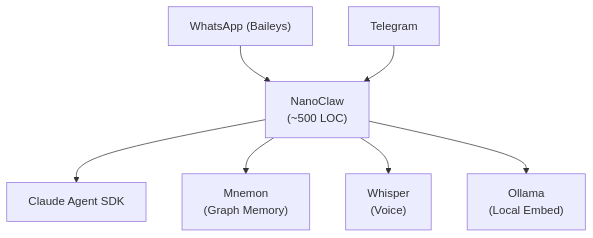
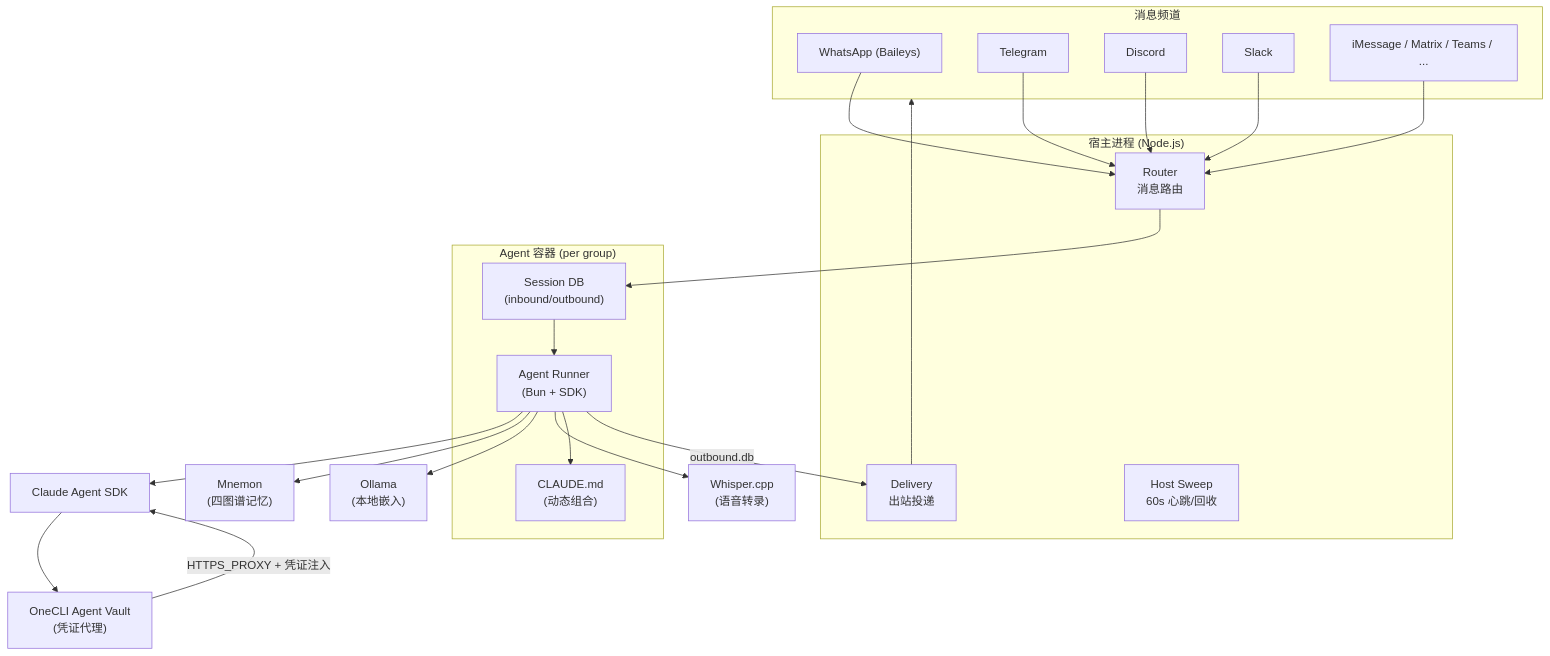
The diagram in wiki/entities/NanoClaw.md (Joe-rq/AI-resource), drawn with Mermaid before and after one commit. The commit also changed other lines of this file and 41 other files, not shown here.

````diff
--- a/wiki/entities/NanoClaw.md
+++ b/wiki/entities/NanoClaw.md
@@ -26,17 +107,45 @@
 ```mermaid
 flowchart TB
-    NanoClaw["NanoClaw<br/>(~500 LOC)"]
+    subgraph Channels["消息频道"]
+        WhatsApp["WhatsApp (Baileys)"]
+        Telegram["Telegram"]
+        Discord["Discord"]
+        Slack["Slack"]
+        Others["iMessage / Matrix / Teams / ..."]
+    end
+
+    subgraph Host["宿主进程 (Node.js)"]
+        Router["Router<br/>消息路由"]
+        Delivery["Delivery<br/>出站投递"]
+        Sweep["Host Sweep<br/>60s 心跳/回收"]
+    end
+
+    subgraph Container["Agent 容器 (per group)"]
+        AgentRunner["Agent Runner<br/>(Bun + SDK)"]
+        ClaudeMd["CLAUDE.md<br/>(动态组合)"]
+        SessionDB["Session DB<br/>(inbound/outbound)"]
+    end
+
     ClaudeAgentSDK["Claude Agent SDK"]
-    WhatsApp["WhatsApp (Baileys)"]
-    Telegram["Telegram"]
-    Memory["Mnemon<br/>(Graph Memory)"]
-    Whisper["Whisper<br/>(Voice)"]
-    Ollama["Ollama<br/>(Local Embed)"]
+    OneCLI["OneCLI Agent Vault<br/>(凭证代理)"]
+    Memory["Mnemon<br/>(四图谱记忆)"]
+    Ollama["Ollama<br/>(本地嵌入)"]
+    Whisper["Whisper.cpp<br/>(语音转录)"]
 
-    WhatsApp --> NanoClaw
-    Telegram --> NanoClaw
-    NanoClaw --> ClaudeAgentSDK
-    NanoClaw --> Memory
-    NanoClaw --> Whisper
-    NanoClaw --> Ollama
+    WhatsApp --> Router
+    Telegram --> Router
+    Discord --> Router
+    Slack --> Router
+    Others --> Router
+    Router --> SessionDB
+    SessionDB --> AgentRunner
+    AgentRunner --> ClaudeAgentSDK
+    AgentRunner --> Memory
+    AgentRunner --> Ollama
+    AgentRunner --> Whisper
+    AgentRunner --> ClaudeMd
+    ClaudeAgentSDK --> OneCLI
+    OneCLI -->|"HTTPS_PROXY + 凭证注入"| ClaudeAgentSDK
+    Delivery --> Channels
+    AgentRunner -->|"outbound.db"| Delivery
 ```
````
